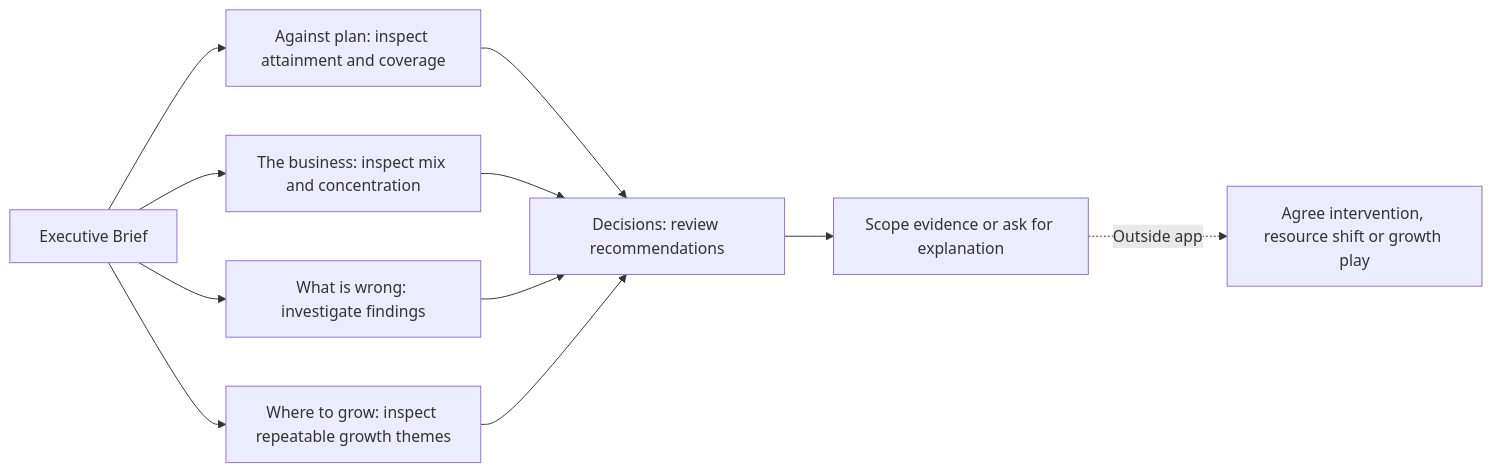
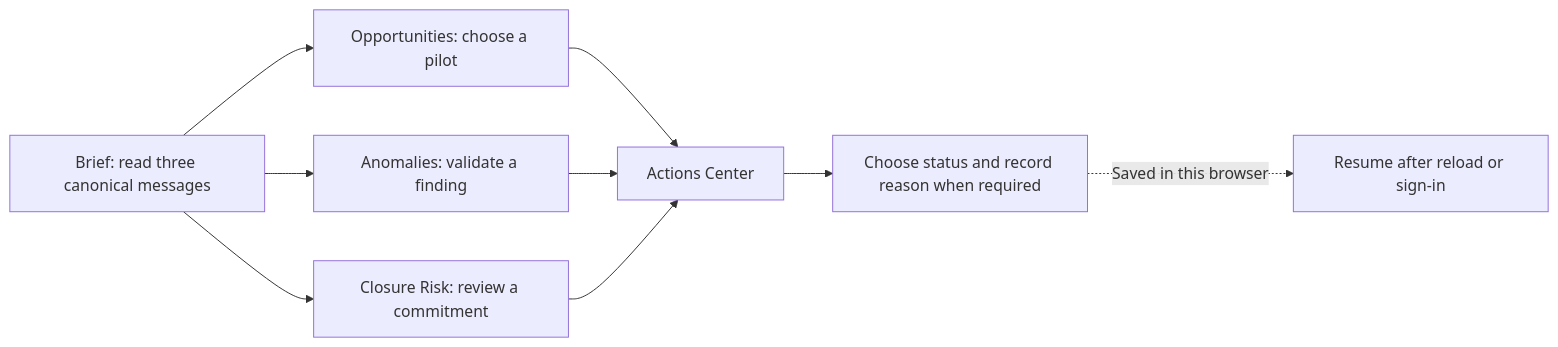
The fifth of 6 diagrams in Context/NTT_Command_Centre_Business_and_User_Flow.md (rp0023/ntt-command-centre), drawn with Mermaid before and after one commit. The commit also changed other lines of this file and 22 other files, not shown here.

````diff
--- a/Context/NTT_Command_Centre_Business_and_User_Flow.md
+++ b/Context/NTT_Command_Centre_Business_and_User_Flow.md
@@ -192,13 +193,11 @@
 ```mermaid
 flowchart LR
-    A[Executive Brief] --> B[Against plan: inspect attainment and coverage]
-    A --> C[The business: inspect mix and concentration]
-    A --> D[What is wrong: investigate findings]
-    A --> E[Where to grow: inspect repeatable growth themes]
-    B --> F[Decisions: review recommendations]
-    C --> F
-    D --> F
-    E --> F
-    F --> G[Scope evidence or ask for explanation]
-    G -. Outside app .-> H[Agree intervention, resource shift or growth play]
+    A[Brief: read three canonical messages] --> B[Opportunities: choose a pilot]
+    A --> C[Anomalies: validate a finding]
+    A --> D[Closure Risk: review a commitment]
+    B --> E[Actions Center]
+    C --> E
+    D --> E
+    E --> F[Choose status and record reason when required]
+    F -. Saved in this browser .-> G[Resume after reload or sign-in]
 ```
````
